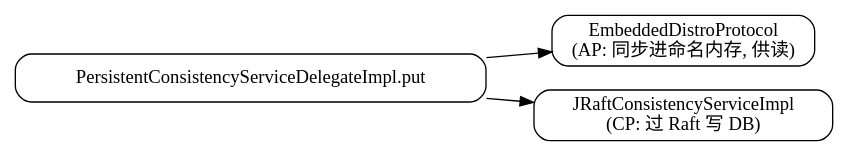
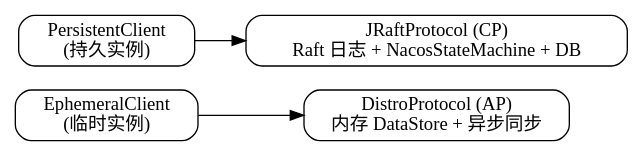
Before and after one commit to Robinpig/Note: the diagram in docs/CS/Framework/nacos/consistency.md, drawn with Graphviz. The commit also changed other lines of this file and 16 other files, not shown here.

````diff
--- a/docs/CS/Framework/nacos/consistency.md
+++ b/docs/CS/Framework/nacos/consistency.md
@@ -89,11 +43,12 @@
 ```dot
-digraph persistent {
+digraph persistent_3x {
   rankdir=LR;
   node [shape=box, style=rounded];
-  Put [label="PersistentConsistencyServiceDelegateImpl.put"];
-  E [label="EmbeddedDistroProtocol\n(AP: 同步进命名内存, 供读)"];
-  R [label="JRaftConsistencyServiceImpl\n(CP: 过 Raft 写 DB)"];
-  Put -> E;
-  Put -> R;
+  Ep [label="EphemeralClient\n(临时实例)"];
+  Pe [label="PersistentClient\n(持久实例)"];
+  D  [label="DistroProtocol (AP)\n内存 DataStore + 异步同步"];
+  R  [label="JRaftProtocol (CP)\nRaft 日志 + NacosStateMachine + DB"];
+  Ep -> D;
+  Pe -> R;
 }
 ```
````
